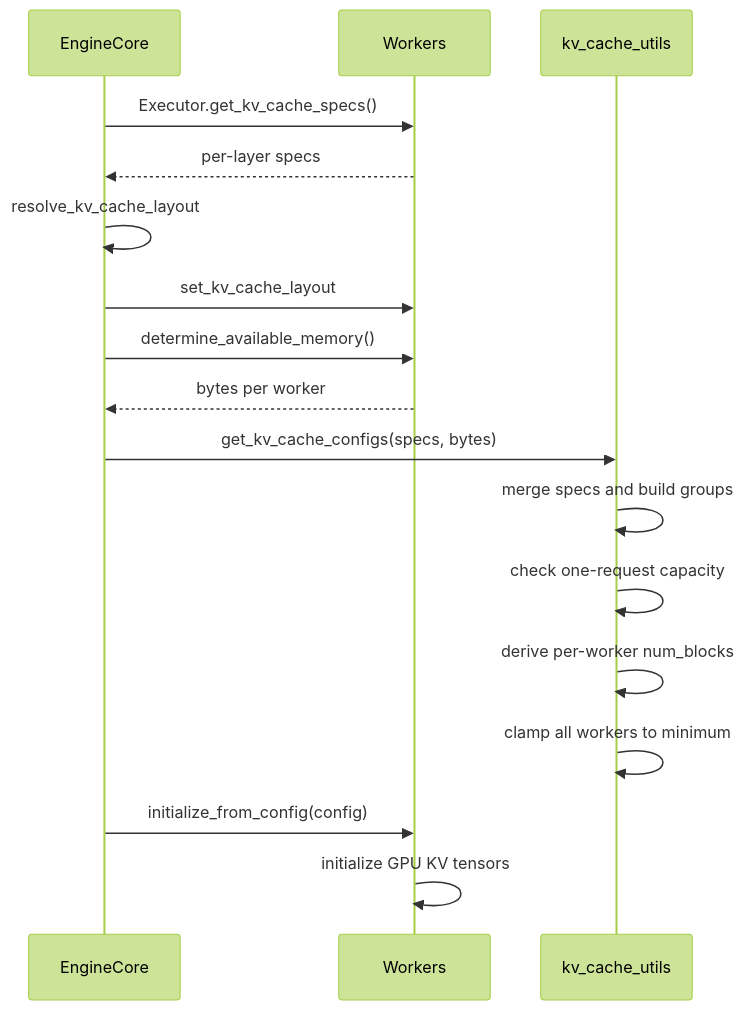
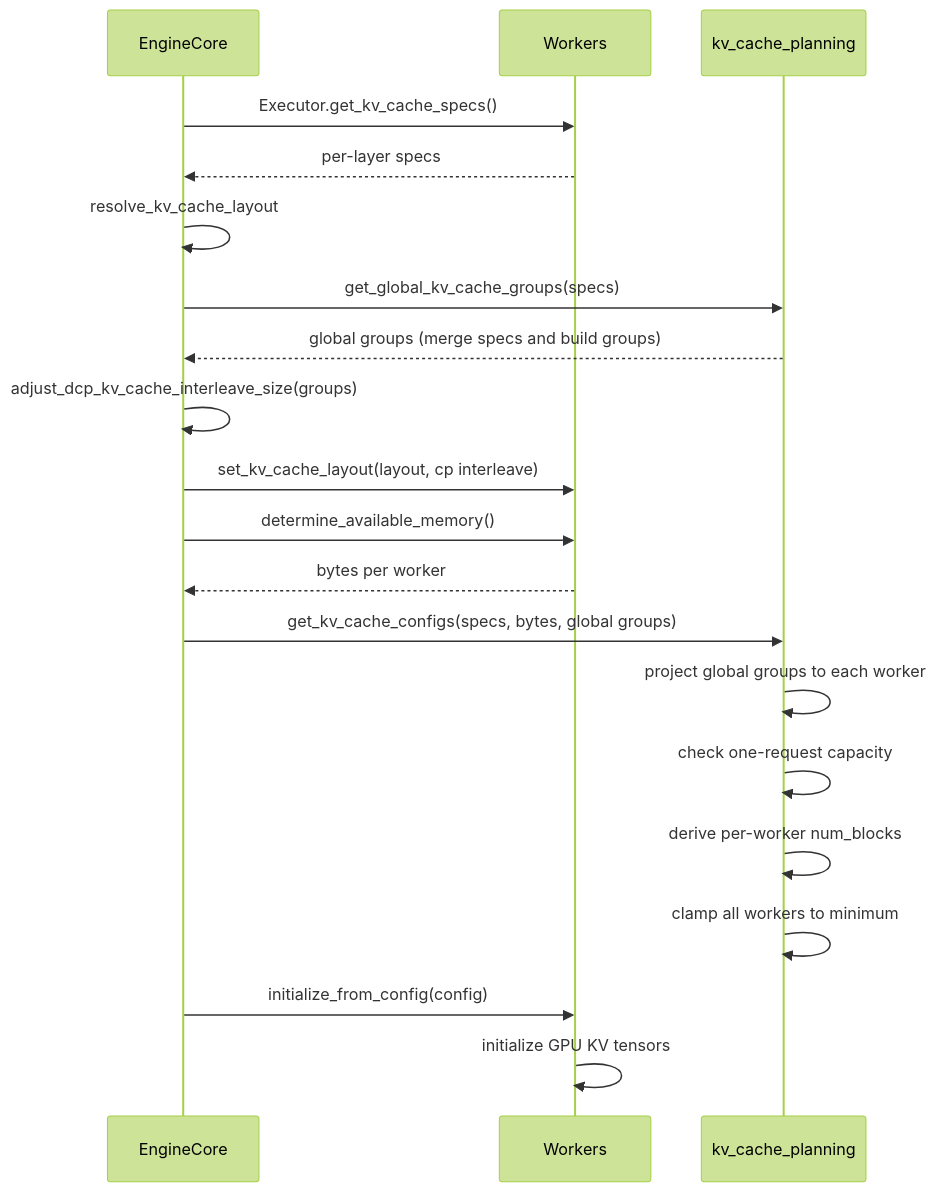
Diagram 11 of 32 in book/05-kv-cache/README.md (cluster1900/vllm_reader), drawn with Mermaid (forest theme) before and after one commit. The commit also changed other lines of this file and 3 other files, not shown here.

````diff
--- a/book/05-kv-cache/README.md
+++ b/book/05-kv-cache/README.md
@@ -577,19 +647,22 @@
 ```mermaid
 sequenceDiagram
     participant EC as EngineCore
     participant W as Workers
-    participant U as kv_cache_utils
+    participant U as kv_cache_planning
     EC->>W: Executor.get_kv_cache_specs()
     W-->>EC: per-layer specs
     EC->>EC: resolve_kv_cache_layout
-    EC->>W: set_kv_cache_layout
+    EC->>U: get_global_kv_cache_groups(specs)
+    U-->>EC: global groups (merge specs and build groups)
+    EC->>EC: adjust_dcp_kv_cache_interleave_size(groups)
+    EC->>W: set_kv_cache_layout(layout, cp interleave)
     EC->>W: determine_available_memory()
     W-->>EC: bytes per worker
-    EC->>U: get_kv_cache_configs(specs, bytes)
-    U->>U: merge specs and build groups
+    EC->>U: get_kv_cache_configs(specs, bytes, global groups)
+    U->>U: project global groups to each worker
     U->>U: check one-request capacity
     U->>U: derive per-worker num_blocks
     U->>U: clamp all workers to minimum
     EC->>W: initialize_from_config(config)
     W->>W: initialize GPU KV tensors
 ```
````
